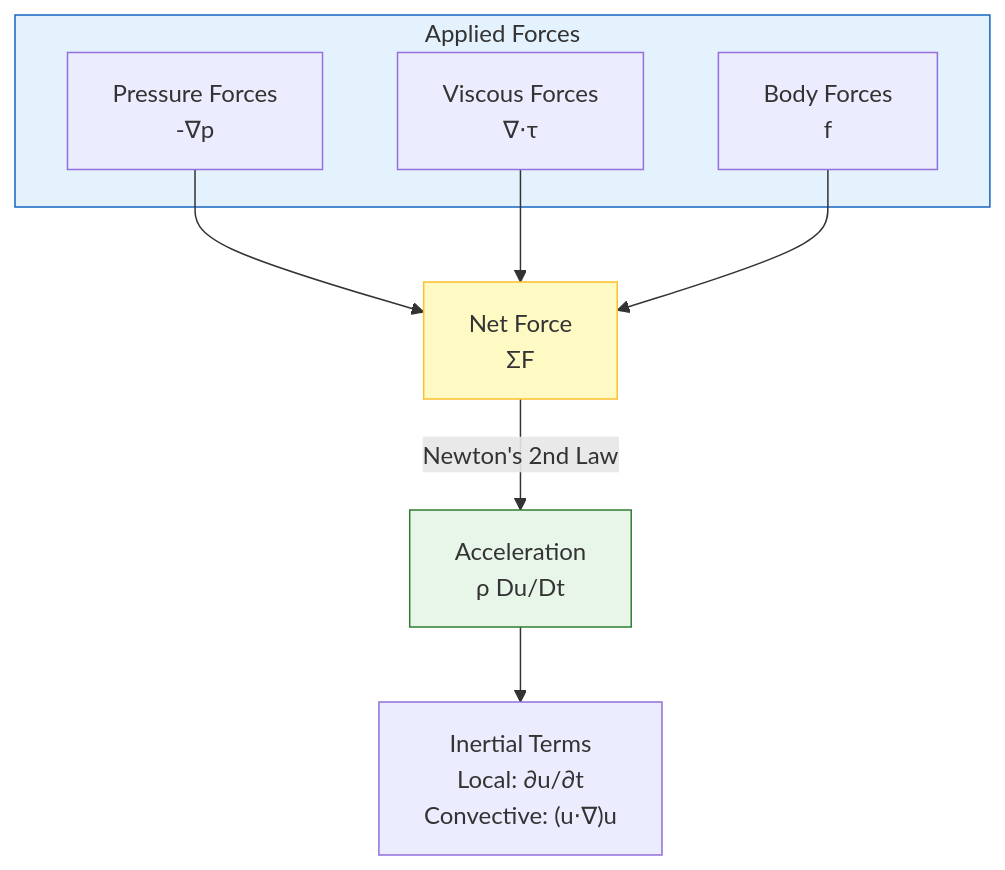
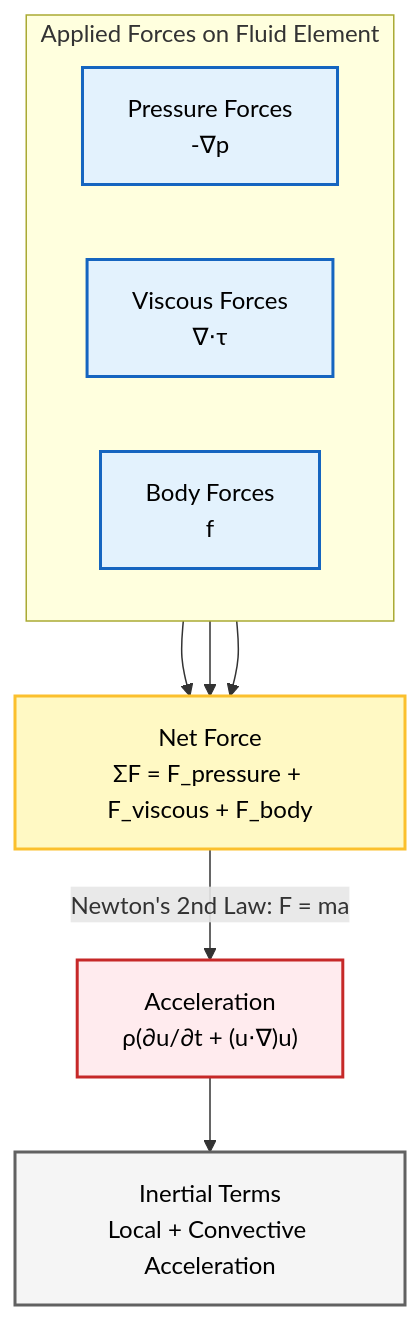
Before and after one commit to wramet/build-my-cfd: the second of 4 diagrams in MODULE_01_CFD_FUNDAMENTALS/CONTENT/01_GOVERNING_EQUATIONS/01_Introduction.md, drawn with Mermaid. The commit also changed other lines of this file and 313 other files, not shown here.

Commit message:
Revise all diagram

````diff
--- a/MODULE_01_CFD_FUNDAMENTALS/CONTENT/01_GOVERNING_EQUATIONS/01_Introduction.md
+++ b/MODULE_01_CFD_FUNDAMENTALS/CONTENT/01_GOVERNING_EQUATIONS/01_Introduction.md
@@ -93,20 +84,24 @@
 ```mermaid
-graph TD
-    subgraph Forces["Applied Forces"]
-        P["Pressure Forces<br/>-∇p"]
-        V["Viscous Forces<br/>∇⋅τ"]
-        B["Body Forces<br/>f"]
+flowchart TD
+    subgraph Forces["Applied Forces on Fluid Element"]
+        direction LR
+        P["Pressure Forces<br/>-∇p"]:::implicit
+        V["Viscous Forces<br/>∇⋅τ"]:::implicit
+        B["Body Forces<br/>f"]:::implicit
     end
-
-    P --> Sum["Net Force<br/>ΣF"]
+    
+    Sum["Net Force<br/>ΣF = F_pressure + F_viscous + F_body"]:::explicit
+    
+    P --> Sum
     V --> Sum
     B --> Sum
+    
+    Sum -->|Newton's 2nd Law: F = ma| Acc["Acceleration<br/>ρ(∂u/∂t + (u⋅∇)u)"]:::volatile
+    
+    Acc --> Inertia["Inertial Terms<br/>Local + Convective Acceleration"]:::context
 
-    Sum -->|Newton's 2nd Law| Acc["Acceleration<br/>ρ Du/Dt"]
-
-    Acc --> Inertia["Inertial Terms<br/>Local: ∂u/∂t<br/>Convective: (u⋅∇)u"]
-
-    style Forces fill:#e3f2fd,stroke:#1565c0
-    style Sum fill:#fff9c4,stroke:#fbc02d
-    style Acc fill:#e8f5e9,stroke:#2e7d32
+classDef context fill:#f5f5f5,stroke:#616161,stroke-width:2px,color:#000;
+classDef implicit fill:#e3f2fd,stroke:#1565c0,stroke-width:2px,color:#000;
+classDef explicit fill:#fff9c4,stroke:#fbc02d,stroke-width:2px,color:#000;
+classDef volatile fill:#ffebee,stroke:#c62828,stroke-width:2px,color:#000;
 ```
````
